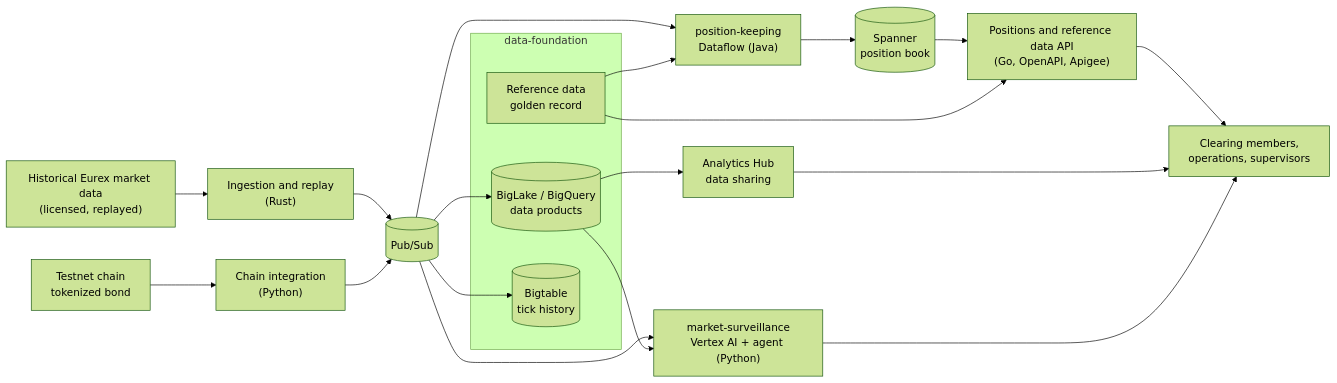
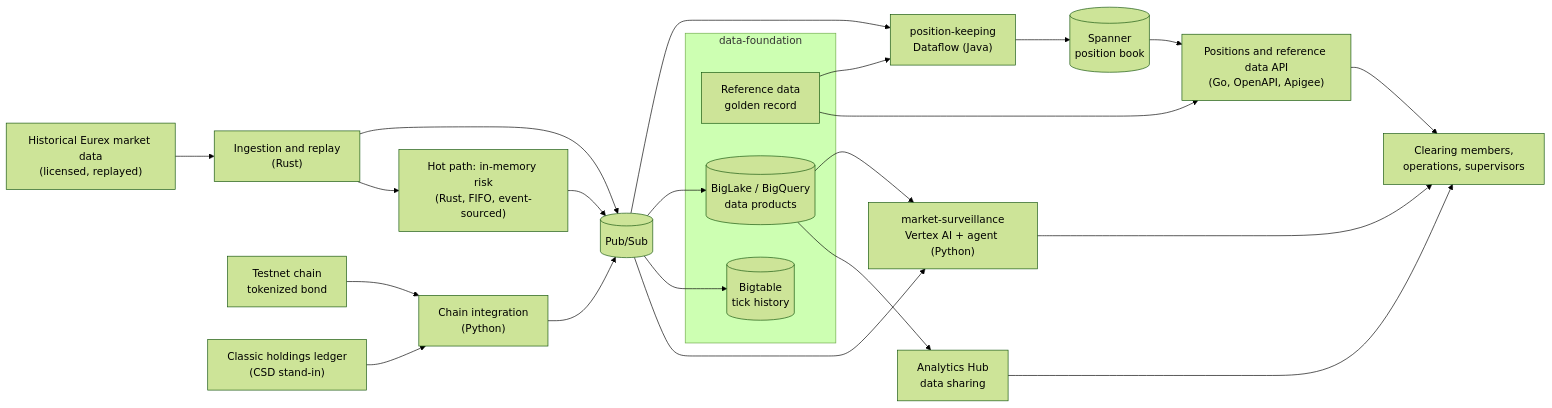
The diagram in README.md (bperunx/gcp-eurex-post-trade), drawn with Mermaid (forest theme) before and after one commit. The commit also changed other lines of this file and 2 other files, not shown here.

First line of the commit message:
Add low-latency hot path, hybrid instruments and scale targets

````diff
--- a/README.md
+++ b/README.md
@@ -25,28 +25,31 @@
 ```mermaid
 flowchart LR
     MD["Historical Eurex market data<br/>(licensed, replayed)"] --> ING["Ingestion and replay<br/>(Rust)"]
     ING --> PS[("Pub/Sub")]
     CHAIN["Testnet chain<br/>tokenized bond"] --> INT["Chain integration<br/>(Python)"]
+    LEDGER["Classic holdings ledger<br/>(CSD stand-in)"] --> INT
     INT --> PS
+    ING --> HOT["Hot path: in-memory risk<br/>(Rust, FIFO, event-sourced)"]
+    HOT --> PS
 
     subgraph DF["data-foundation"]
         RD["Reference data<br/>golden record"]
         LH[("BigLake / BigQuery<br/>data products")]
         BT[("Bigtable<br/>tick history")]
     end
 
     PS --> PK["position-keeping<br/>Dataflow (Java)"]
     PK --> SP[("Spanner<br/>position book")]
     PS --> LH
     PS --> BT
     RD --> PK
     PS --> MS["market-surveillance<br/>Vertex AI + agent (Python)"]
     LH --> MS
 
     SP --> API["Positions and reference data API<br/>(Go, OpenAPI, Apigee)"]
     RD --> API
     LH --> AH["Analytics Hub<br/>data sharing"]
     API --> CON["Clearing members,<br/>operations, supervisors"]
     AH --> CON
     MS --> CON
 ```
````
